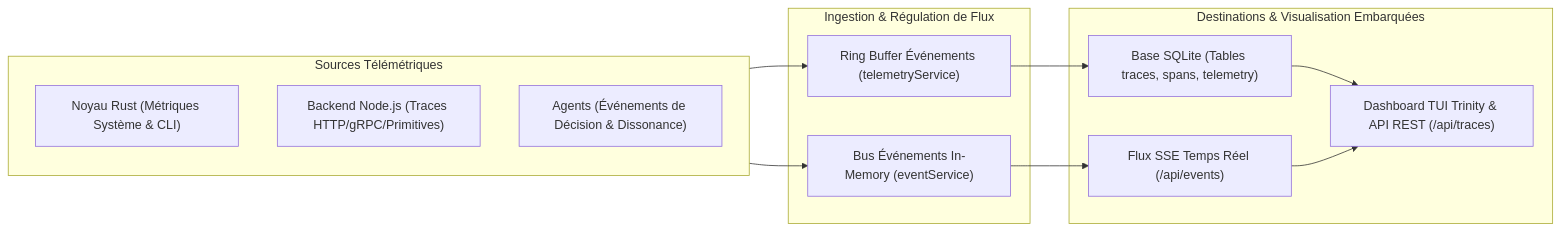
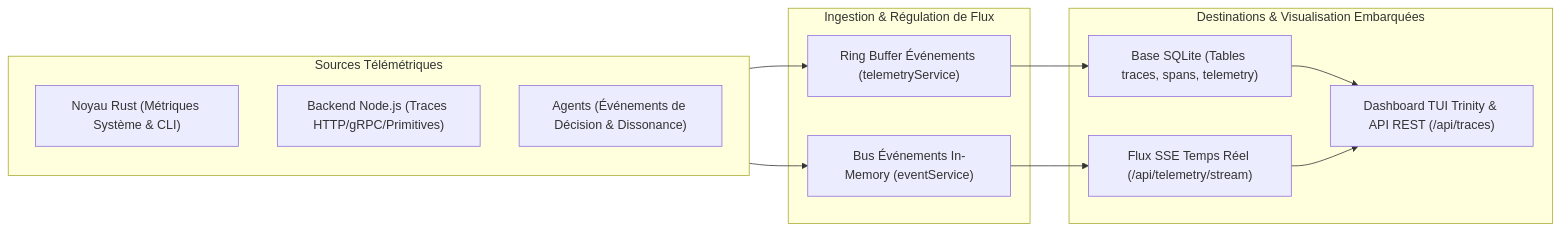
Before and after one commit to PISSARAW/GenOS: the second of 3 diagrams in docs/04-exploitation/observabilite.md, drawn with Mermaid. The commit also changed 2 other files, not shown here.

Commit message:
[DOC] Corriger references MCP (36 outils, lease fail-closed) et route SSE telemetry

````diff
--- a/docs/04-exploitation/observabilite.md
+++ b/docs/04-exploitation/observabilite.md
@@ -238,26 +238,26 @@
 ```mermaid
 flowchart LR
     subgraph Sources["Sources Télémétriques"]
         RustCore["Noyau Rust (Métriques Système & CLI)"]
         NodeBackend["Backend Node.js (Traces HTTP/gRPC/Primitives)"]
         Agents["Agents (Événements de Décision & Dissonance)"]
     end
 
     subgraph Ingestion["Ingestion & Régulation de Flux"]
         RingBuffer["Ring Buffer Événements (telemetryService)"]
         EventBus["Bus Événements In-Memory (eventService)"]
     end
 
     subgraph StorageSinks["Destinations & Visualisation Embarquées"]
         SQLiteTraces["Base SQLite (Tables traces, spans, telemetry)"]
-        SSEStream["Flux SSE Temps Réel (/api/events)"]
+        SSEStream["Flux SSE Temps Réel (/api/telemetry/stream)"]
         TUIRender["Dashboard TUI Trinity & API REST (/api/traces)"]
     end
 
     Sources --> RingBuffer
     Sources --> EventBus
     RingBuffer --> SQLiteTraces
     EventBus --> SSEStream
     SQLiteTraces --> TUIRender
     SSEStream --> TUIRender
 ```
````
